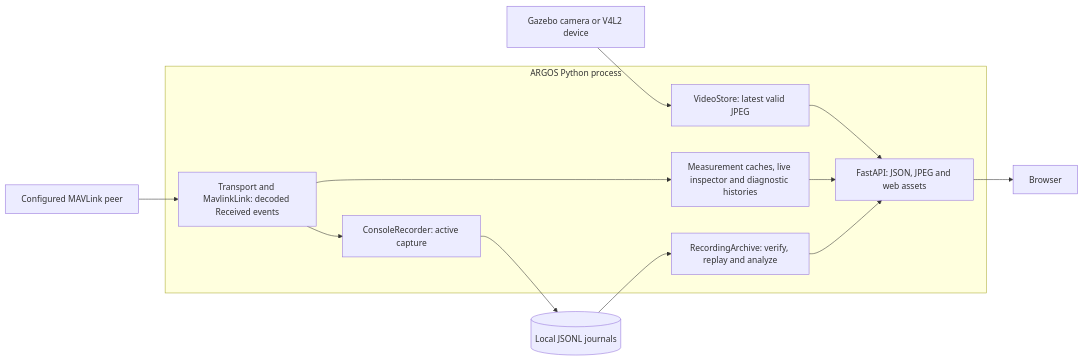
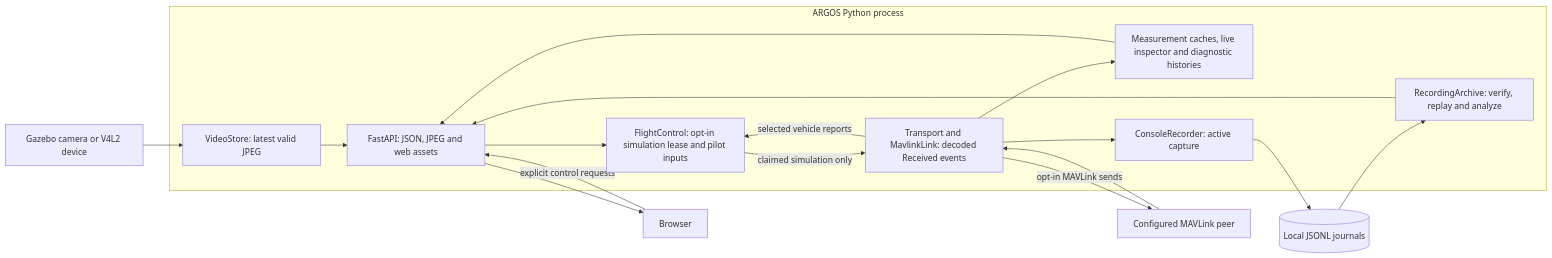
The diagram in docs/architecture.md (victormonnot/argos), drawn with Mermaid before and after one commit. The commit also changed other lines of this file and 21 other files, not shown here.

````diff
--- a/docs/architecture.md
+++ b/docs/architecture.md
@@ -21,25 +25,31 @@
 ```mermaid
 flowchart LR
     camera["Gazebo camera or V4L2 device"]
     peer["Configured MAVLink peer"]
     disk[("Local JSONL journals")]
     browser["Browser"]
     subgraph server["ARGOS Python process"]
         video["VideoStore: latest valid JPEG"]
         link["Transport and MavlinkLink: decoded Received events"]
         state["Measurement caches, live inspector and diagnostic histories"]
         recorder["ConsoleRecorder: active capture"]
         archive["RecordingArchive: verify, replay and analyze"]
         api["FastAPI: JSON, JPEG and web assets"]
+        pilot["FlightControl: opt-in simulation lease and pilot inputs"]
     end
     camera --> video
     peer --> link
     link --> state
     link --> recorder
     recorder --> disk
     disk --> archive
     video --> api
     state --> api
     archive --> api
     api --> browser
+    browser -->|"explicit control requests"| api
+    api --> pilot
+    link -->|"selected vehicle reports"| pilot
+    pilot -->|"claimed simulation only"| link
+    link -->|"opt-in MAVLink sends"| peer
 ```
````
